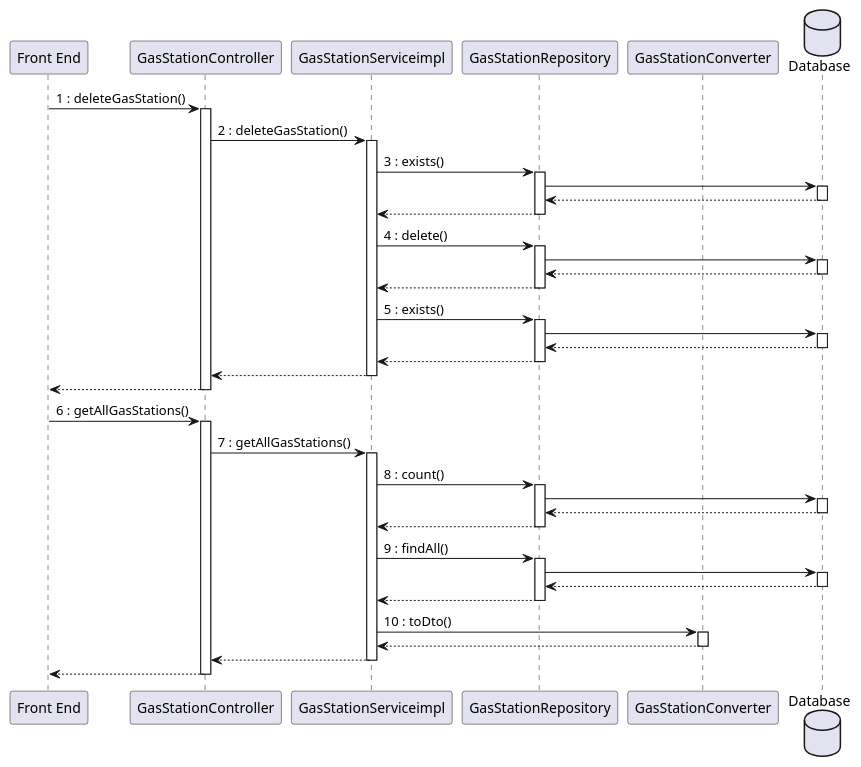
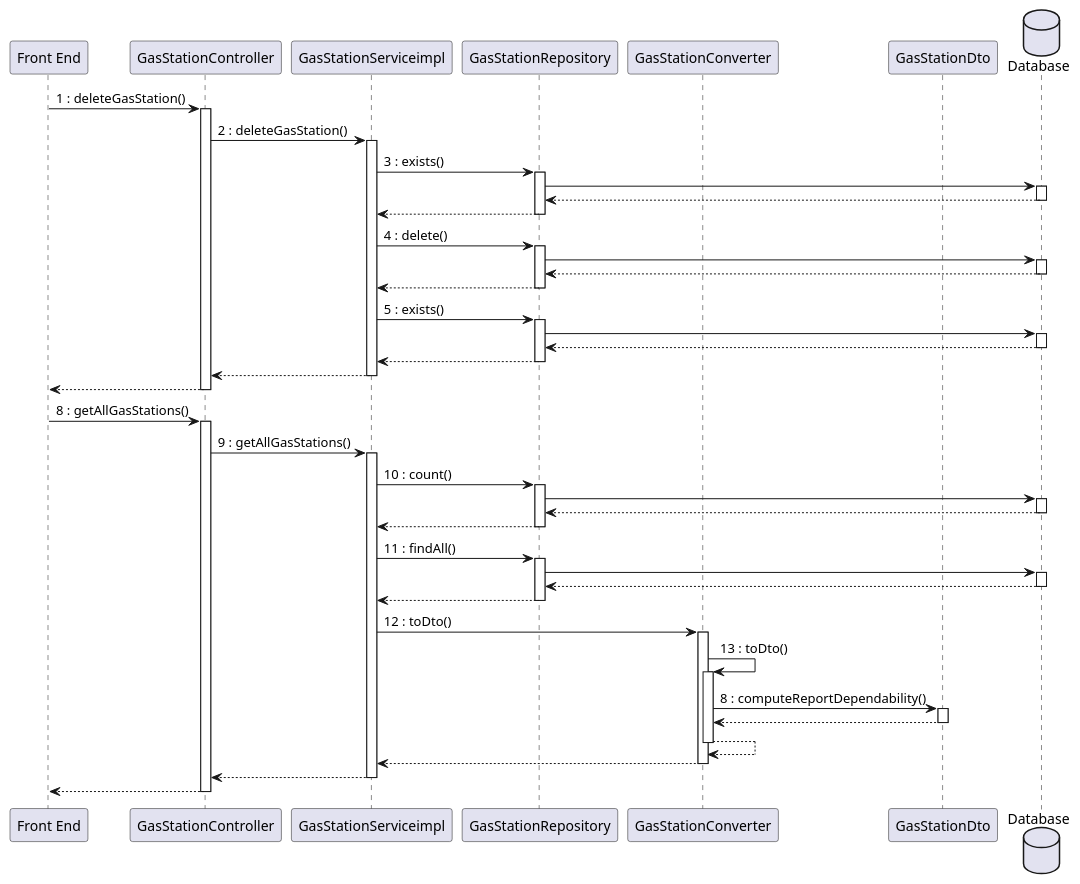
One commit to mosTavassoli/ezgas changed the tenth of 15 diagrams in docs/DesignDocument.md. Above: the diagram before and after it, drawn with PlantUML. The commit also changed other lines of this file, not shown here.

Commit message:
docs(DesignDocument): edit sequence diagram

````diff
--- a/docs/DesignDocument.md
+++ b/docs/DesignDocument.md
@@ -717,50 +752,56 @@
 ```plantuml
 database Database order 30
 "Front End" -> GasStationController:1 : deleteGasStation()
 activate GasStationController
 GasStationController -> GasStationServiceimpl:2 : deleteGasStation()
 activate GasStationServiceimpl
 GasStationServiceimpl -> GasStationRepository:3 : exists()
 activate GasStationRepository
 GasStationRepository -> Database
 activate Database
 return
 return
 GasStationServiceimpl -> GasStationRepository:4 : delete()
 activate GasStationRepository
 GasStationRepository -> Database
 activate Database
 return
 return
 GasStationServiceimpl -> GasStationRepository:5 : exists()
 activate GasStationRepository
 GasStationRepository -> Database
 activate Database
 return
 return
 return
 return
 
-"Front End" -> GasStationController:6 : getAllGasStations()
+"Front End" -> GasStationController:8 : getAllGasStations()
 activate GasStationController
-GasStationController -> GasStationServiceimpl:7 : getAllGasStations()
+GasStationController -> GasStationServiceimpl:9 : getAllGasStations()
 activate GasStationServiceimpl
-GasStationServiceimpl -> GasStationRepository:8 : count()
+GasStationServiceimpl -> GasStationRepository:10 : count()
 activate GasStationRepository
 GasStationRepository -> Database
 activate Database
 return
 return
-GasStationServiceimpl -> GasStationRepository:9 : findAll()
+GasStationServiceimpl -> GasStationRepository:11 : findAll()
 activate GasStationRepository
 GasStationRepository -> Database
 activate Database
 return
 return
 
-GasStationServiceimpl -> GasStationConverter:10 : toDto()
+GasStationServiceimpl -> GasStationConverter:12 : toDto()
 activate GasStationConverter
+GasStationConverter -> GasStationConverter:13 : toDto()
+activate GasStationConverter
+GasStationConverter -> GasStationDto:8 : computeReportDependability()
+activate GasStationDto
+return
+return
 return
 return
 return
 ```
````
